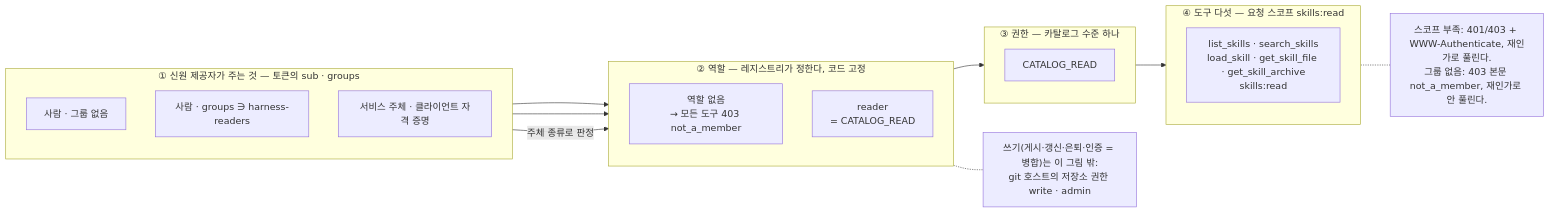
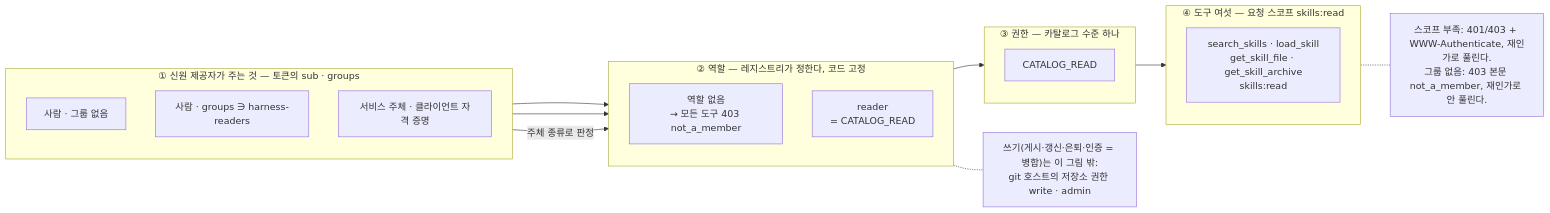
One commit to alteralab/harness-catalog changed the fourth of 4 diagrams in DESIGN.md. Above: the diagram before and after it, drawn with Mermaid. The commit also changed other lines of this file and 41 other files, not shown here.

````diff
--- a/DESIGN.md
+++ b/DESIGN.md
@@ -311,31 +311,31 @@
 ```mermaid
 flowchart LR
     subgraph L1["① 신원 제공자가 주는 것 — 토큰의 sub · groups"]
         direction TB
         H0["사람 · 그룹 없음"]
         HR["사람 · groups ∋ harness-readers"]
         S0["서비스 주체 · 클라이언트 자격 증명"]
     end
     subgraph L2["② 역할 — 레지스트리가 정한다, 코드 고정"]
         direction TB
         RX["역할 없음<br/>→ 모든 도구 403 not_a_member"]
         R0["reader<br/>= CATALOG_READ"]
     end
     subgraph L3["③ 권한 — 카탈로그 수준 하나"]
         direction TB
         P0["CATALOG_READ"]
     end
-    subgraph L4["④ 도구 다섯 — 요청 스코프 skills:read"]
+    subgraph L4["④ 도구 여섯 — 요청 스코프 skills:read"]
         direction TB
-        T0["list_skills · search_skills<br/>load_skill · get_skill_file · get_skill_archive<br/>skills:read"]
+        T0["search_skills · load_skill<br/>get_skill_file · get_skill_archive<br/>skills:read"]
     end
     H0 --> RX
     HR --> R0
     S0 -- "주체 종류로 판정" --> R0
     R0 --> P0
     P0 --> T0
     G["쓰기(게시·갱신·은퇴·인증 = 병합)는 이 그림 밖:<br/>git 호스트의 저장소 권한 write · admin"]
     N2["스코프 부족: 401/403 + WWW-Authenticate, 재인가로 풀린다.<br/>그룹 없음: 403 본문 not_a_member, 재인가로 안 풀린다."]
     L2 -.- G
     L4 -.- N2
 ```
````
